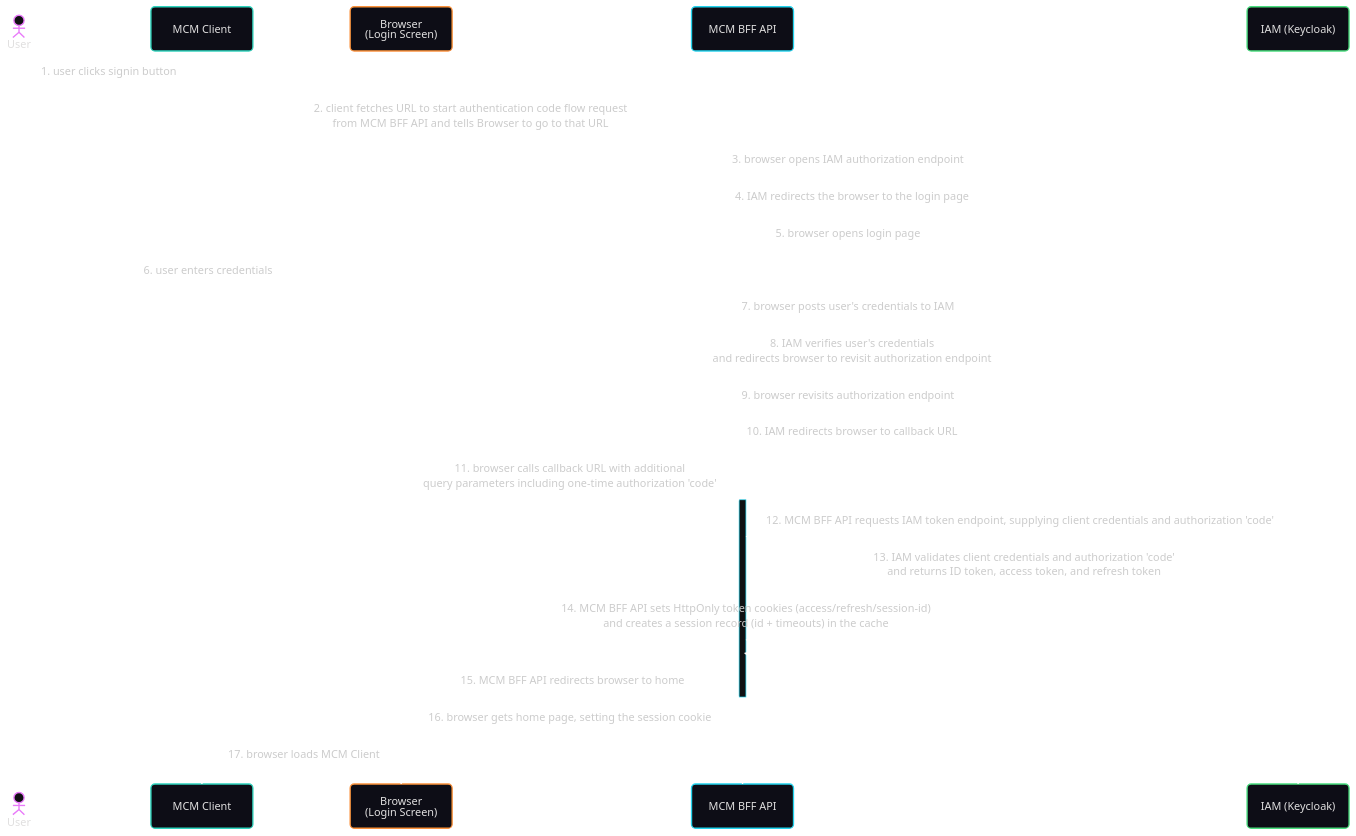
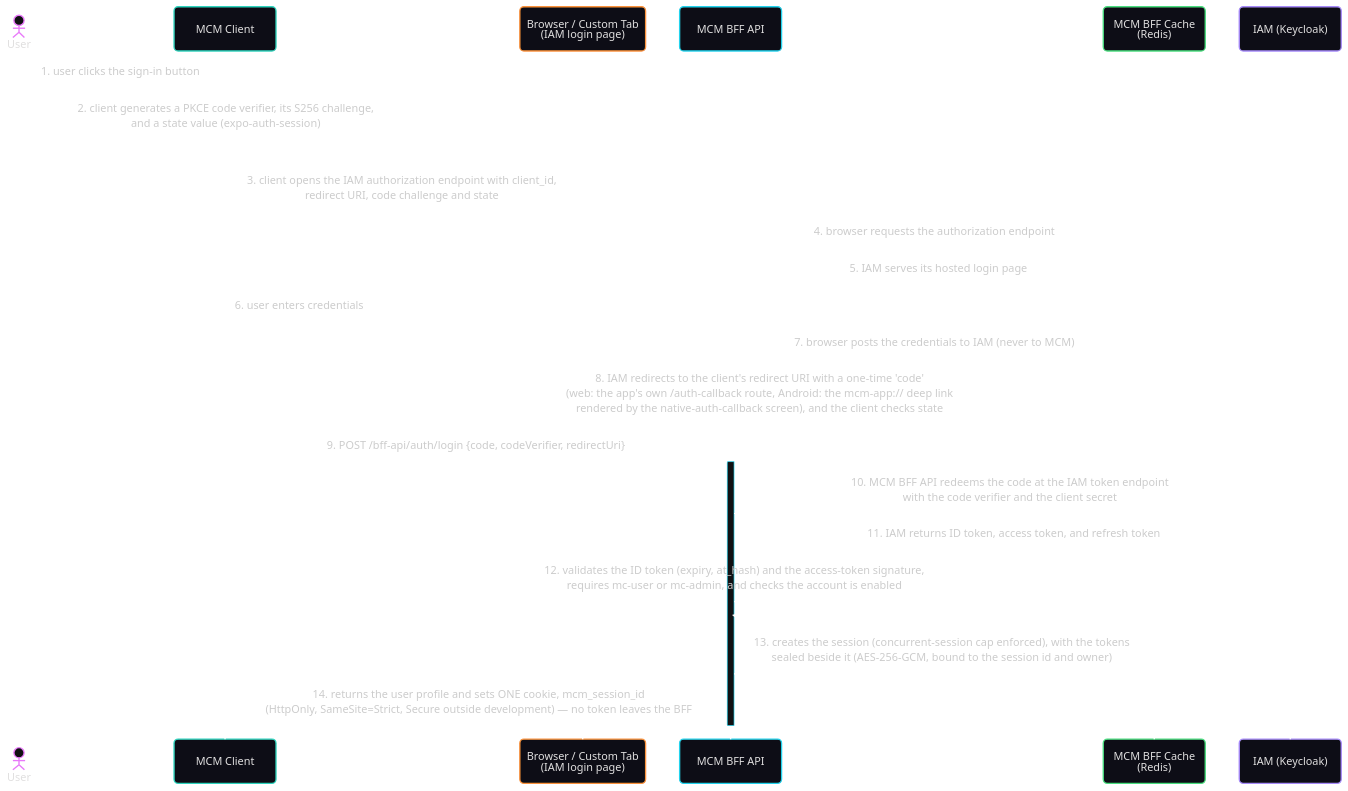
Before and after one commit to jumbleknot/MovieCollectionManager: the third of 5 diagrams in docs/MCM-Architecture.md, drawn with Mermaid. The commit also changed other lines of this file and 11 other files, not shown here.

First line of the commit message:
docs: MCM-Learnings with scripted metrics; architecture doc matches the code

````diff
--- a/docs/MCM-Architecture.md
+++ b/docs/MCM-Architecture.md
@@ -456,33 +465,31 @@
 ```mermaid
 ---
 config:
   theme: redux-dark-color
   look: neo
 ---
 sequenceDiagram
   actor User
   participant Client as MCM Client
-  participant Browser as Browser<br/>(Login Screen)
+  participant Browser as Browser / Custom Tab<br/>(IAM login page)
   participant BFF as MCM BFF API
+  participant Cache as MCM BFF Cache<br/>(Redis)
   participant IAM as IAM (Keycloak)
 
-  User->>Client: 1. user clicks signin button
-  Client->>BFF: 2. client fetches URL to start authentication code flow request<br/>from MCM BFF API and tells Browser to go to that URL
-  Browser->>IAM: 3. browser opens IAM authorization endpoint
-  IAM-->>Browser: 4. IAM redirects the browser to the login page
-  Browser->>IAM: 5. browser opens login page
+  User->>Client: 1. user clicks the sign-in button
+  Client->>Client: 2. client generates a PKCE code verifier, its S256 challenge,<br/>and a state value (expo-auth-session)
+  Client->>Browser: 3. client opens the IAM authorization endpoint with client_id,<br/>redirect URI, code challenge and state
+  Browser->>IAM: 4. browser requests the authorization endpoint
+  IAM-->>Browser: 5. IAM serves its hosted login page
   User->>Browser: 6. user enters credentials
-  Browser->>IAM: 7. browser posts user's credentials to IAM
-  IAM-->>Browser: 8. IAM verifies user's credentials<br/>and redirects browser to revisit authorization endpoint
-  Browser->>IAM: 9. browser revisits authorization endpoint
-  IAM-->>Browser: 10. IAM redirects browser to callback URL
-  Browser->>BFF: 11. browser calls callback URL with additional<br/>query parameters including one-time authorization 'code'
+  Browser->>IAM: 7. browser posts the credentials to IAM (never to MCM)
+  IAM-->>Client: 8. IAM redirects to the client's redirect URI with a one-time 'code'<br/>(web: the app's own /auth-callback route, Android: the mcm-app:// deep link<br/>rendered by the native-auth-callback screen), and the client checks state
+  Client->>BFF: 9. POST /bff-api/auth/login {code, codeVerifier, redirectUri}
   activate BFF
-  BFF->>IAM: 12. MCM BFF API requests IAM token endpoint, supplying client credentials and authorization 'code'
-  IAM-->>BFF: 13. IAM validates client credentials and authorization 'code'<br/>and returns ID token, access token, and refresh token
-  BFF->>BFF: 14. MCM BFF API sets HttpOnly token cookies (access/refresh/session-id)<br/>and creates a session record (id + timeouts) in the cache
-  BFF-->>Browser: 15. MCM BFF API redirects browser to home
+  BFF->>IAM: 10. MCM BFF API redeems the code at the IAM token endpoint<br/>with the code verifier and the client secret
+  IAM-->>BFF: 11. IAM returns ID token, access token, and refresh token
+  BFF->>BFF: 12. validates the ID token (expiry, at_hash) and the access-token signature,<br/>requires mc-user or mc-admin, and checks the account is enabled
+  BFF->>Cache: 13. creates the session (concurrent-session cap enforced), with the tokens<br/>sealed beside it (AES-256-GCM, bound to the session id and owner)
+  BFF-->>Client: 14. returns the user profile and sets ONE cookie, mcm_session_id<br/>(HttpOnly, SameSite=Strict, Secure outside development) — no token leaves the BFF
   deactivate BFF
-  Browser->>BFF: 16. browser gets home page, setting the session cookie
-  Browser->>Client: 17. browser loads MCM Client
 ```
````
